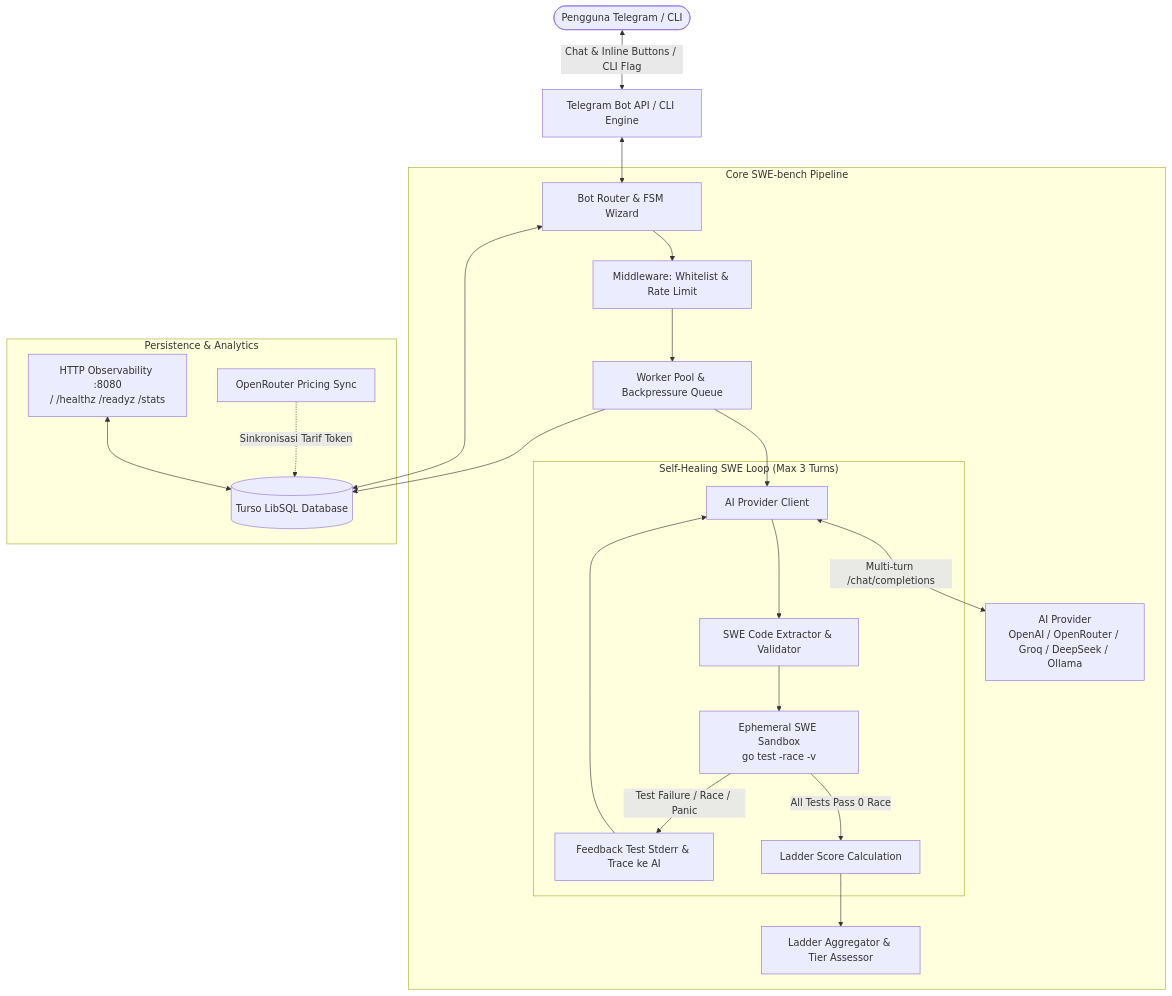
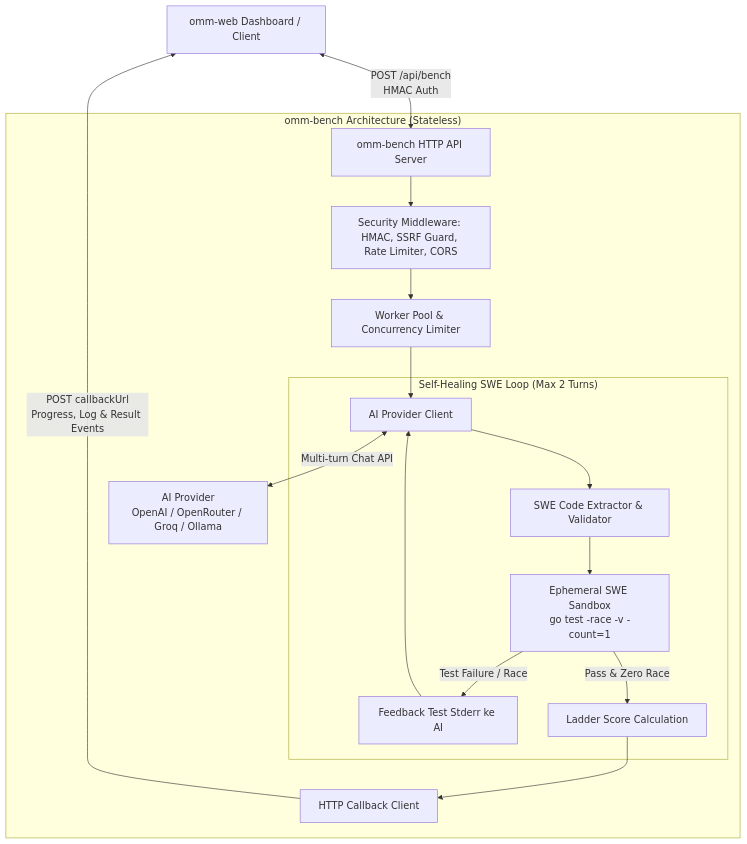
One commit to dickymuliafiqri/OMM changed the diagram in README.md. Above: the diagram before and after it, drawn with Mermaid. The commit also changed other lines of this file and 67 other files, not shown here.

````diff
--- a/README.md
+++ b/README.md
@@ -31,30 +30,24 @@
 ```mermaid
 flowchart TD
-    User([Pengguna Telegram / CLI]) <-->|Chat & Inline Buttons / CLI Flag| BotAPI[Telegram Bot API / CLI Engine]
-    BotAPI <--> BotRouter[Bot Router & FSM Wizard]
-
-    subgraph Core ["Core SWE-bench Pipeline"]
-        BotRouter --> AccessGuard[Middleware: Whitelist & Rate Limit]
-        AccessGuard --> WorkerPool[Worker Pool & Backpressure Queue]
+    Web[omm-web Dashboard / Client] <-->|POST /api/bench\nHMAC Auth| API[omm-bench HTTP API Server]
+    
+    subgraph Server ["omm-bench Architecture (Stateless)"]
+        API --> Guard[Security Middleware: HMAC, SSRF Guard, Rate Limiter, CORS]
+        Guard --> WorkerPool[Worker Pool & Concurrency Limiter]
         WorkerPool --> AIClient[AI Provider Client]
-        AIClient <-->|Multi-turn /chat/completions| LLM[AI Provider\nOpenAI / OpenRouter / Groq / DeepSeek / Ollama]
+        AIClient <-->|Multi-turn Chat API| LLM[AI Provider\nOpenAI / OpenRouter / Groq / Ollama]
 
         AIClient --> Extractor[SWE Code Extractor & Validator]
         
-        subgraph FeedbackLoop ["Self-Healing SWE Loop (Max 3 Turns)"]
-            Extractor --> Evaluator[Ephemeral SWE Sandbox\ngo test -race -v]
-            Evaluator -->|Test Failure / Race / Panic| AICorrection[Feedback Test Stderr & Trace ke AI]
+        subgraph FeedbackLoop ["Self-Healing SWE Loop (Max 2 Turns)"]
+            Extractor --> Evaluator[Ephemeral SWE Sandbox\ngo test -race -v -count=1]
+            Evaluator -->|Test Failure / Race| AICorrection[Feedback Test Stderr ke AI]
             AICorrection --> AIClient
-            Evaluator -->|All Tests Pass 0 Race| PassResult[Ladder Score Calculation]
+            Evaluator -->|Pass & Zero Race| PassResult[Ladder Score Calculation]
         end
 
-        PassResult --> Engine[Ladder Aggregator & Tier Assessor]
+        PassResult --> CallbackClient[HTTP Callback Client]
     end
 
-    subgraph Storage ["Persistence & Analytics"]
-        WorkerPool --> Turso[(Turso LibSQL Database)]
-        BotRouter <--> Turso
-        OpenRouterPricing[OpenRouter Pricing Sync] -.->|Sinkronisasi Tarif Token| Turso
-        HealthServer[HTTP Observability :8080\n/ /healthz /readyz /stats] <--> Turso
-    end
+    CallbackClient -->|POST callbackUrl\nProgress, Log & Result Events| Web
 ```
````
